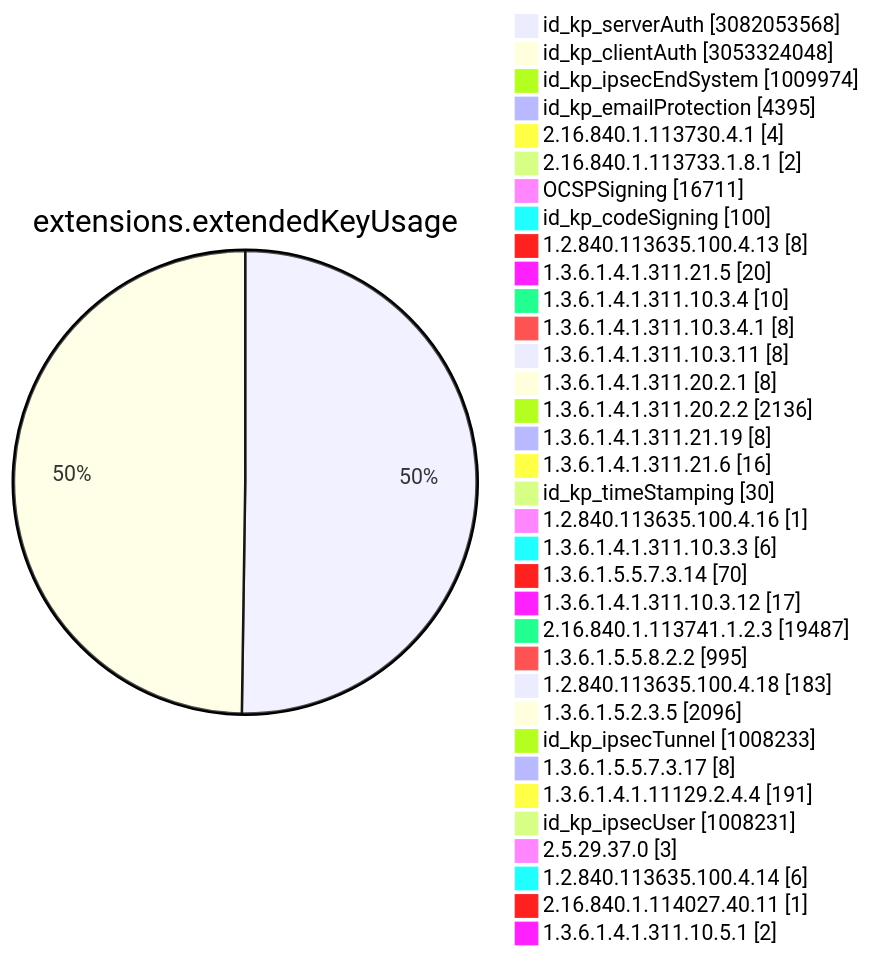
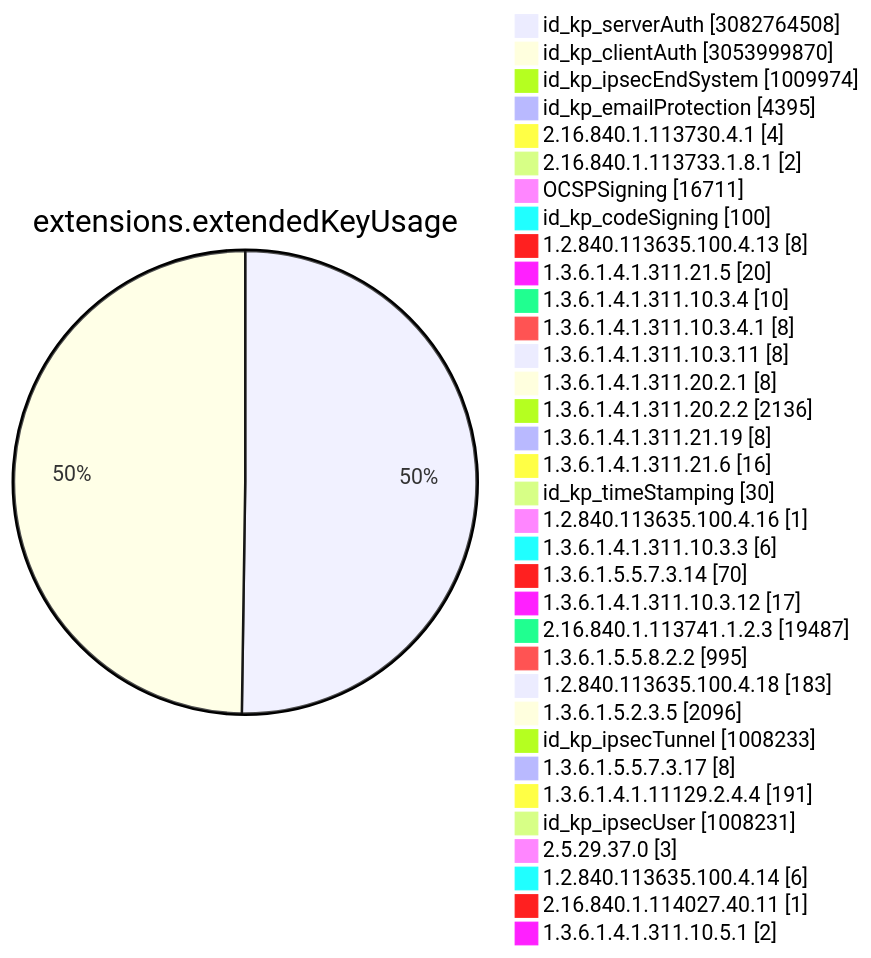
One commit to christiankrug/ctmonitor_visualization changed diagram 11 of 15 in TOTAL/README.md. Above: the diagram before and after it, drawn with Mermaid. The commit also changed other lines of this file, not shown here.

````diff
--- a/TOTAL/README.md
+++ b/TOTAL/README.md
@@ -4119,38 +4119,38 @@
 ```mermaid
 pie showData
 title extensions.extendedKeyUsage
-"id_kp_serverAuth" :3082053568
-"id_kp_clientAuth" :3053324048
+"id_kp_serverAuth" :3082764508
+"id_kp_clientAuth" :3053999870
 "id_kp_ipsecEndSystem" :1009974
 "id_kp_emailProtection" :4395
 "2.16.840.1.113730.4.1" :4
 "2.16.840.1.113733.1.8.1" :2
 "OCSPSigning" :16711
 "id_kp_codeSigning" :100
 "1.2.840.113635.100.4.13" :8
 "1.3.6.1.4.1.311.21.5" :20
 "1.3.6.1.4.1.311.10.3.4" :10
 "1.3.6.1.4.1.311.10.3.4.1" :8
 "1.3.6.1.4.1.311.10.3.11" :8
 "1.3.6.1.4.1.311.20.2.1" :8
 "1.3.6.1.4.1.311.20.2.2" :2136
 "1.3.6.1.4.1.311.21.19" :8
 "1.3.6.1.4.1.311.21.6" :16
 "id_kp_timeStamping" :30
 "1.2.840.113635.100.4.16" :1
 "1.3.6.1.4.1.311.10.3.3" :6
 "1.3.6.1.5.5.7.3.14" :70
 "1.3.6.1.4.1.311.10.3.12" :17
 "2.16.840.1.113741.1.2.3" :19487
 "1.3.6.1.5.5.8.2.2" :995
 "1.2.840.113635.100.4.18" :183
 "1.3.6.1.5.2.3.5" :2096
 "id_kp_ipsecTunnel" :1008233
 "1.3.6.1.5.5.7.3.17" :8
 "1.3.6.1.4.1.11129.2.4.4" :191
 "id_kp_ipsecUser" :1008231
 "2.5.29.37.0" :3
 "1.2.840.113635.100.4.14" :6
 "2.16.840.1.114027.40.11" :1
 "1.3.6.1.4.1.311.10.5.1" :2
 ```
````
